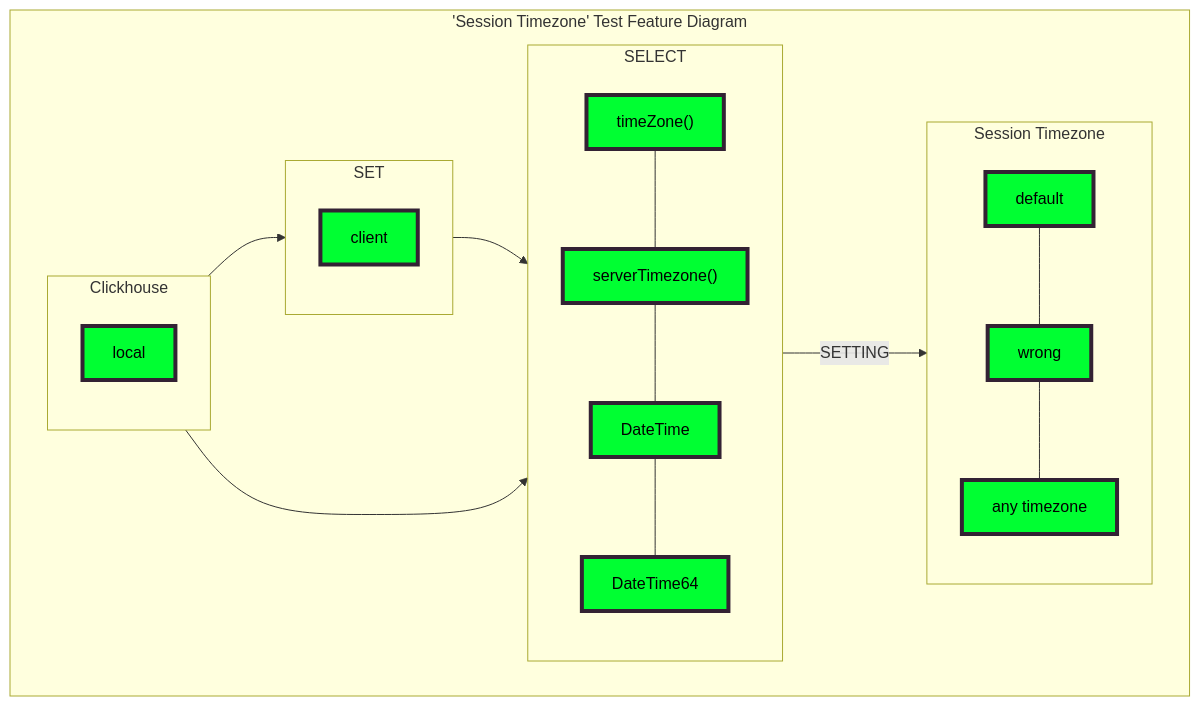
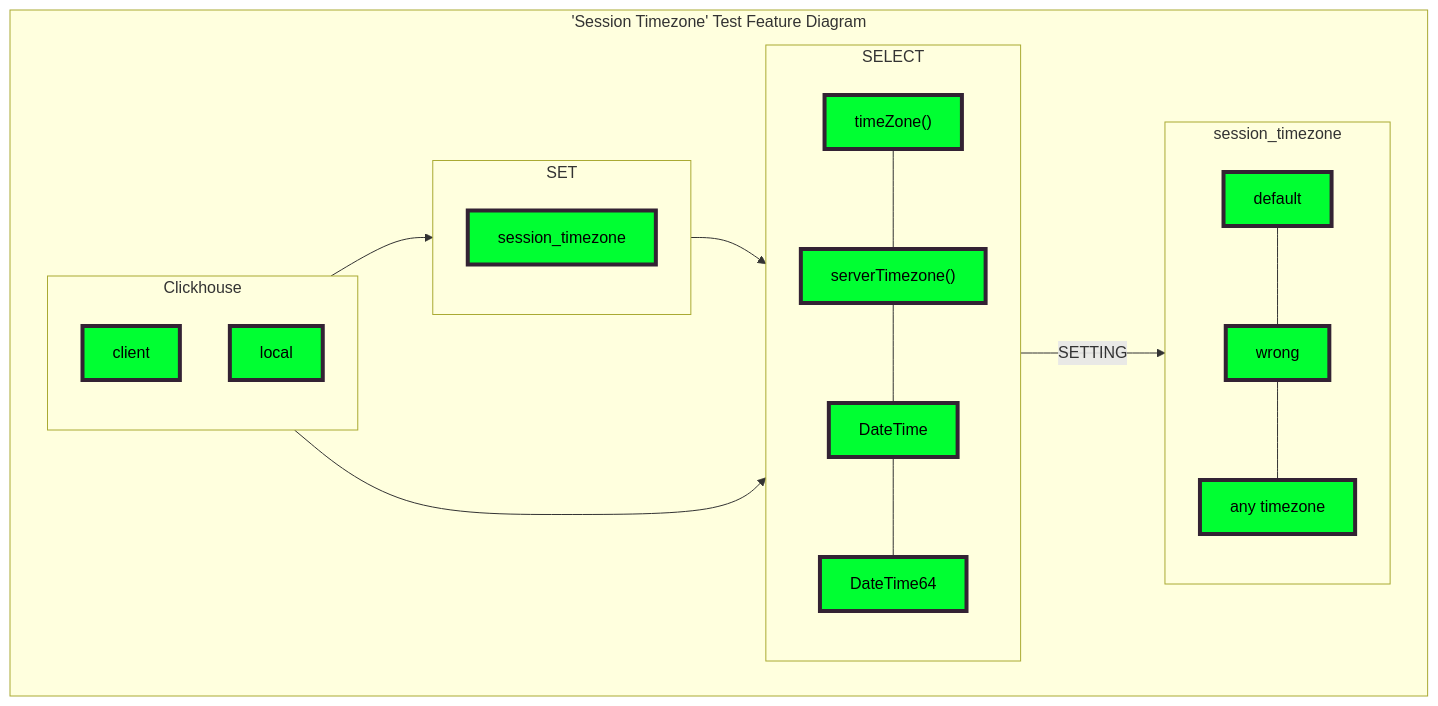
Before and after one commit to Altinity/clickhouse-regression: the diagram in session_timezone/requirements/requirements.md, drawn with Mermaid.

Commit message:
session timezone diagram upd.

````diff
--- a/session_timezone/requirements/requirements.md
+++ b/session_timezone/requirements/requirements.md
@@ -38,46 +38,46 @@
 ```mermaid
 flowchart TB;
 
   classDef yellow fill:#ffff32,stroke:#323,stroke-width:4px,color:black;
   classDef yellow2 fill:#ffff32,stroke:#323,stroke-width:4px,color:red;
   classDef green fill:#00ff32,stroke:#323,stroke-width:4px,color:black;
   classDef red fill:red,stroke:#323,stroke-width:4px,color:black;
   classDef blue fill:blue,stroke:#323,stroke-width:4px,color:white;
   
   subgraph O["'Session Timezone' Test Feature Diagram"]
   
   C-->E-->A--"SETTING"-->D
   C-->A
 
   1A---2A---3A---4A
   1D---2D---3D
   
     subgraph E["SET"]
 
-        1C["session_timezone"]:::green
+        1E["session_timezone"]:::green
  
     end
   
     subgraph C["Clickhouse"]
 
         1C["client"]:::green
         2C["local"]:::green
  
     end
   
     subgraph A["SELECT"]
 
         1A["timeZone()"]:::green
         2A["serverTimezone()"]:::green
         3A["DateTime"]:::green
         4A["DateTime64"]:::green
         
     end
     
-    subgraph D["Session Timezone"]
+    subgraph D["session_timezone"]
         1D["default"]:::green
         2D["wrong"]:::green
         3D["any timezone"]:::green
     end
   end
 ```
````
